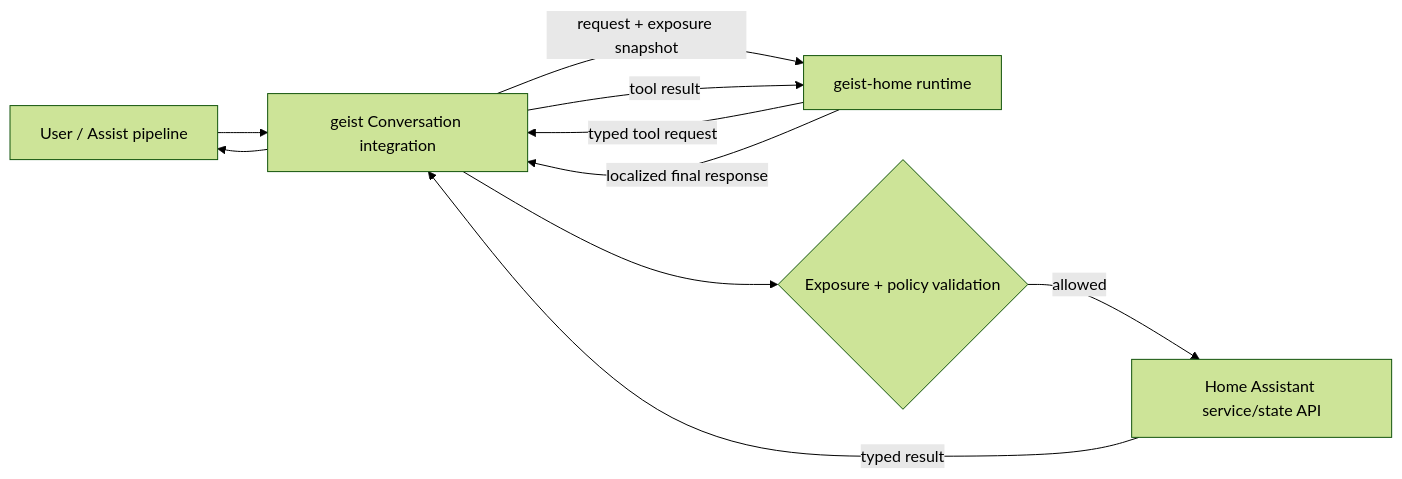
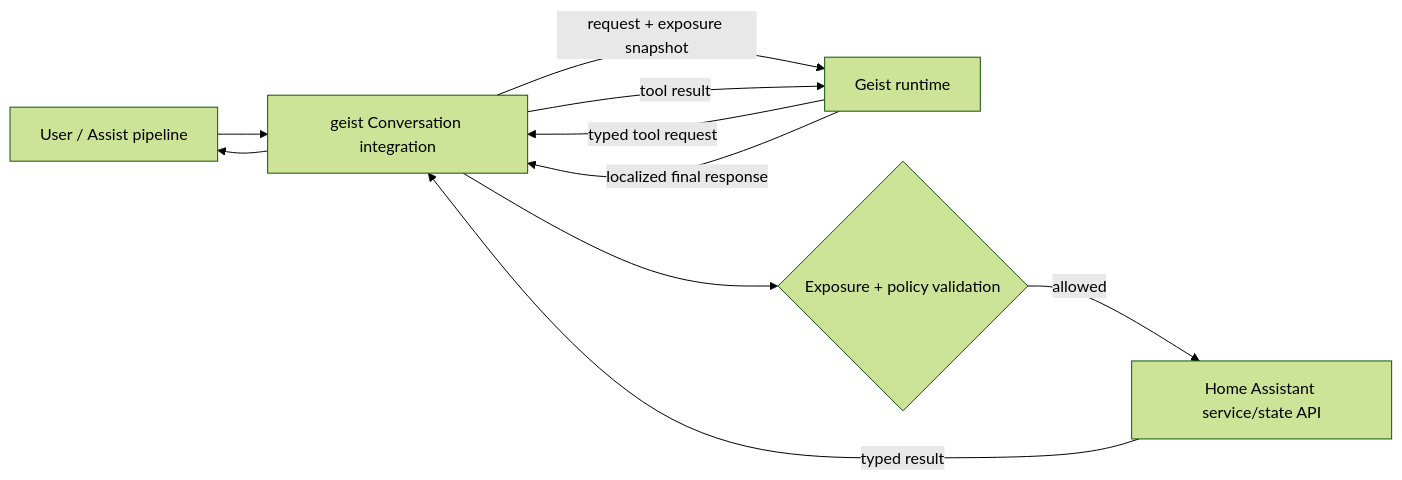
The diagram in docs/proposals/home-assistant-phase-2.md (geisten/geist-home-assistant), drawn with Mermaid (forest theme) before and after one commit. The commit also changed other lines of this file and 5 other files, not shown here.

````diff
--- a/docs/proposals/home-assistant-phase-2.md
+++ b/docs/proposals/home-assistant-phase-2.md
@@ -34,12 +34,12 @@
 ```mermaid
 flowchart LR
     U["User / Assist pipeline"] --> I["geist Conversation integration"]
-    I -->|"request + exposure snapshot"| R["geist-home runtime"]
+    I -->|"request + exposure snapshot"| R["Geist runtime"]
     R -->|"typed tool request"| I
     I --> P{"Exposure + policy validation"}
     P -->|"allowed"| H["Home Assistant service/state API"]
     H -->|"typed result"| I
     I -->|"tool result"| R
     R -->|"localized final response"| I
     I --> U
 ```
````
